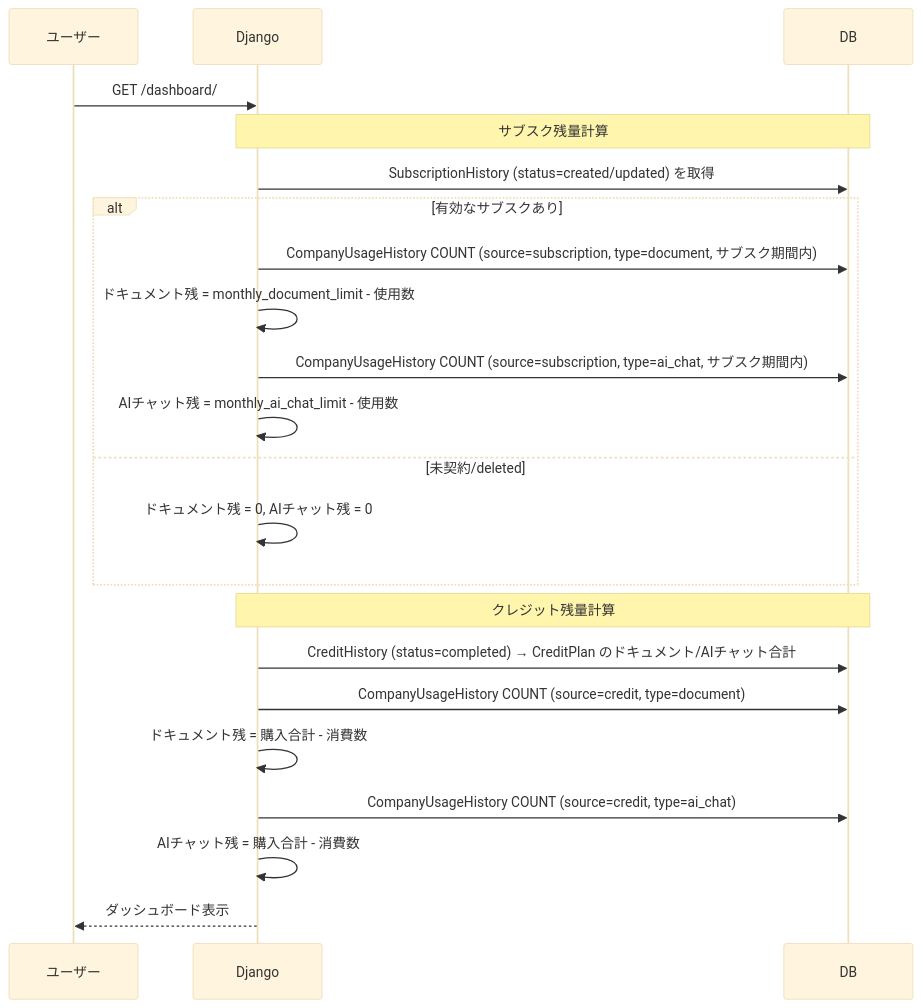
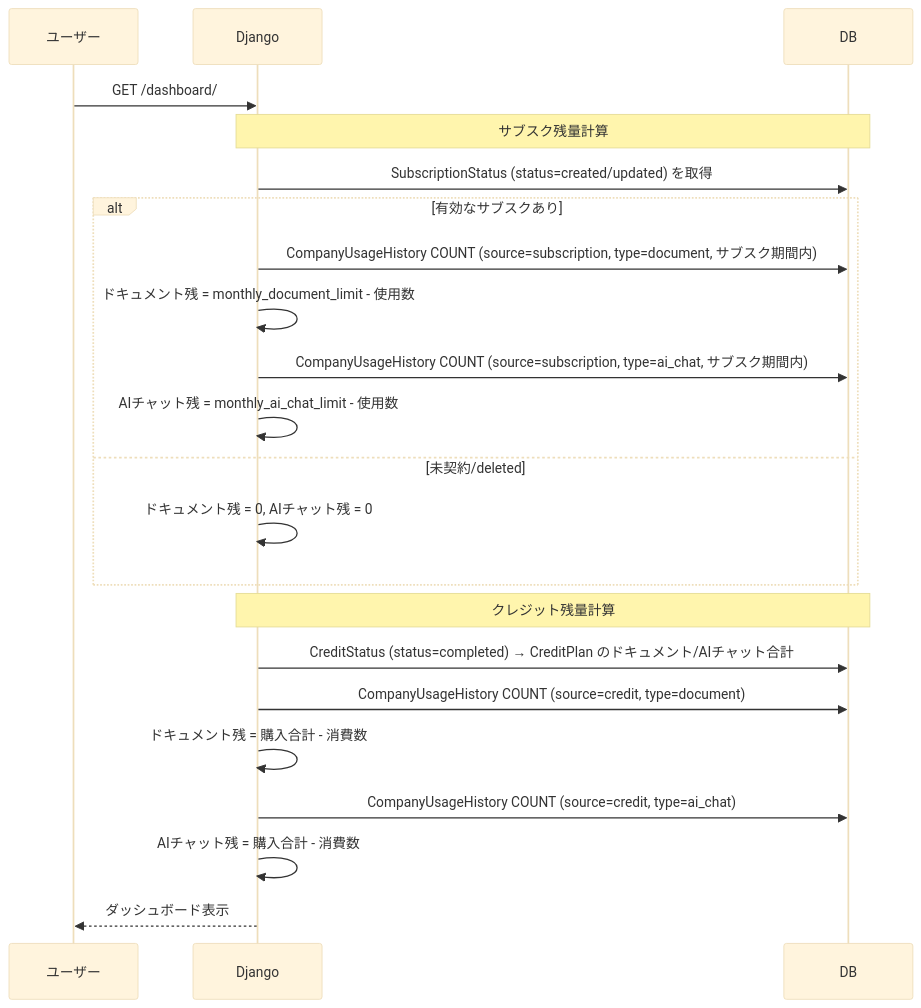
The fourth of 4 diagrams in docs/sequence-diagram.md (suzuki-tomok/payment-core), drawn with Mermaid (base theme) before and after one commit. The commit also changed other lines of this file and 25 other files, not shown here.

````diff
--- a/docs/sequence-diagram.md
+++ b/docs/sequence-diagram.md
@@ -213,30 +213,30 @@
 ```mermaid
 sequenceDiagram
     participant U as ユーザー
     participant D as Django
     participant DB as DB
 
     U->>D: GET /dashboard/
 
     Note over D,DB: サブスク残量計算
 
-    D->>DB: SubscriptionHistory (status=created/updated) を取得
+    D->>DB: SubscriptionStatus (status=created/updated) を取得
     alt 有効なサブスクあり
         D->>DB: CompanyUsageHistory COUNT (source=subscription, type=document, サブスク期間内)
         D->>D: ドキュメント残 = monthly_document_limit - 使用数
         D->>DB: CompanyUsageHistory COUNT (source=subscription, type=ai_chat, サブスク期間内)
         D->>D: AIチャット残 = monthly_ai_chat_limit - 使用数
     else 未契約/deleted
         D->>D: ドキュメント残 = 0, AIチャット残 = 0
     end
 
     Note over D,DB: クレジット残量計算
 
-    D->>DB: CreditHistory (status=completed) → CreditPlan のドキュメント/AIチャット合計
+    D->>DB: CreditStatus (status=completed) → CreditPlan のドキュメント/AIチャット合計
     D->>DB: CompanyUsageHistory COUNT (source=credit, type=document)
     D->>D: ドキュメント残 = 購入合計 - 消費数
     D->>DB: CompanyUsageHistory COUNT (source=credit, type=ai_chat)
     D->>D: AIチャット残 = 購入合計 - 消費数
 
     D-->>U: ダッシュボード表示
 ```
````
